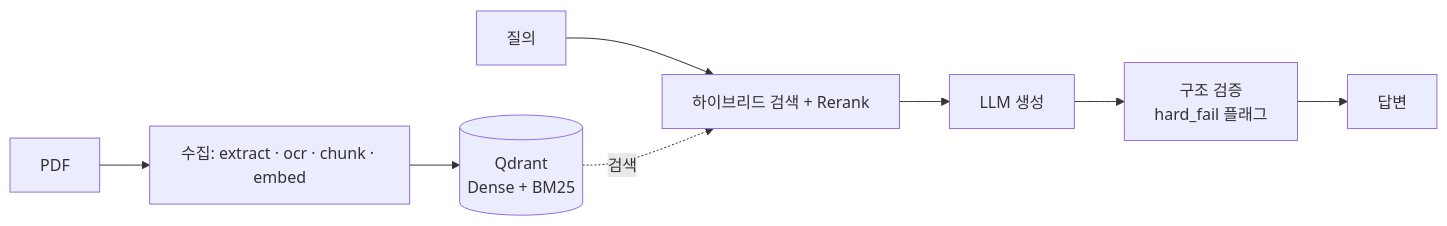
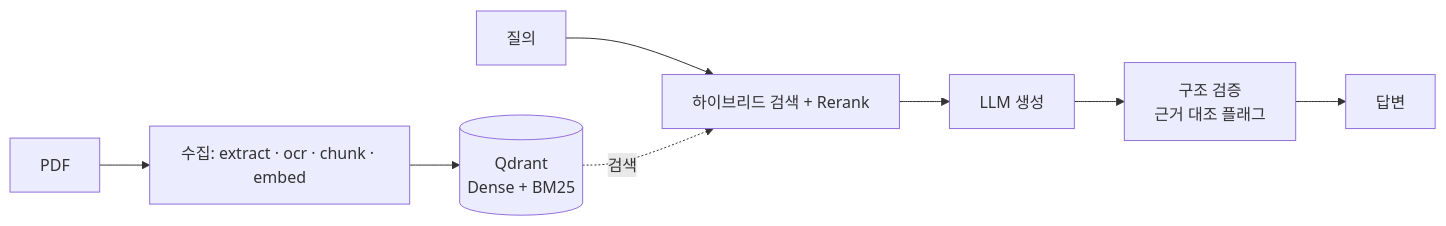
Before and after one commit to deokjinlog/docs-rag: the diagram in README.md, drawn with Mermaid. The commit also changed other lines of this file, not shown here.

First line of the commit message:
docs: README 헤드라인 hard_fail → "근거 대조"로 완화

````diff
--- a/README.md
+++ b/README.md
@@ -28,6 +28,6 @@
 ```mermaid
 flowchart LR
     PDF[PDF] --> ING["수집: extract · ocr · chunk · embed"] --> QD[("Qdrant<br/>Dense + BM25")]
-    Q[질의] --> RET["하이브리드 검색 + Rerank"] --> GEN["LLM 생성"] --> VER["구조 검증<br/>hard_fail 플래그"] --> ANS[답변]
+    Q[질의] --> RET["하이브리드 검색 + Rerank"] --> GEN["LLM 생성"] --> VER["구조 검증<br/>근거 대조 플래그"] --> ANS[답변]
     QD -.검색.-> RET
 ```
````
